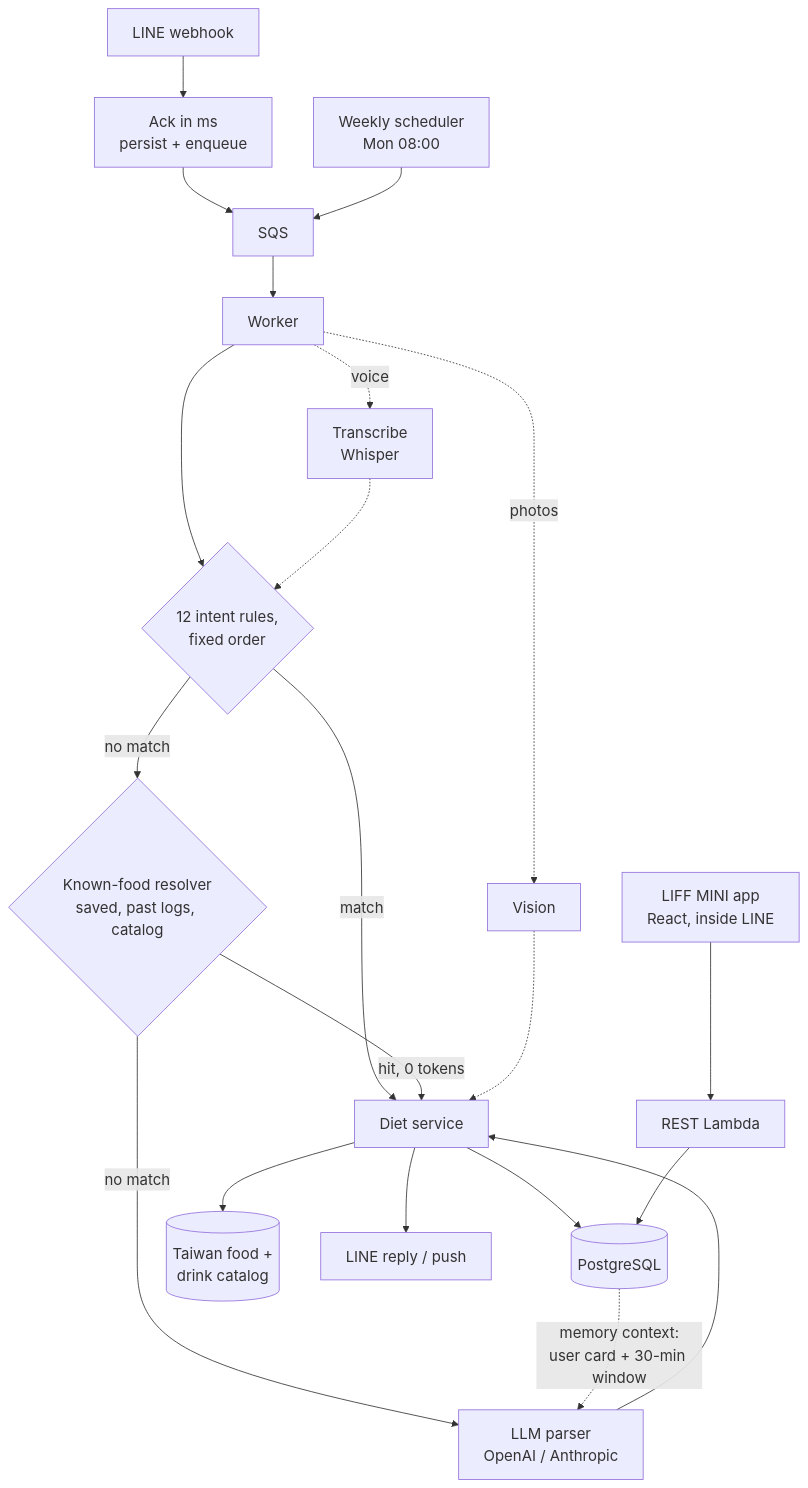
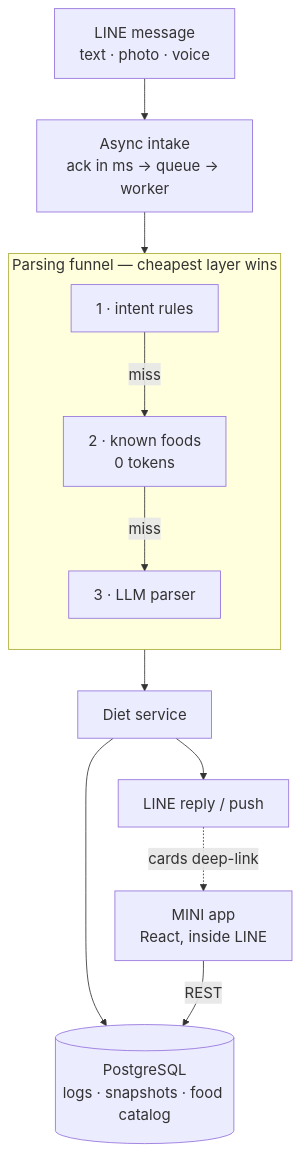
The diagram in README.md (jeffery12697/fitneko-case-study), drawn with Mermaid before and after one commit. The commit also changed other lines of this file and 3 other files, not shown here.

Commit message:
Devlog: phase 22b weekly report page + sticker wall; README: capabilities, stats, simplified system diagram

````diff
--- a/README.md
+++ b/README.md
@@ -35,18 +35,17 @@
 ```mermaid
 %%{init: {"themeVariables": {"fontSize": "18px"}}}%%
 flowchart TD
-    LINE[LINE webhook] --> WH[Ack in ms<br/>persist + enqueue] --> Q[SQS] --> W[Worker]
-    SCHED[Weekly scheduler<br/>Mon 08:00] --> Q
-    W --> RP{12 intent rules,<br/>fixed order}
-    RP -->|match| SVC[Diet service]
-    RP -->|no match| KF{Known-food resolver<br/>saved, past logs, catalog}
-    KF -->|hit, 0 tokens| SVC
-    KF -->|no match| LLM[LLM parser<br/>OpenAI / Anthropic] --> SVC
-    PG -.->|memory context:<br/>user card + 30-min window| LLM
-    W -.->|photos| VIS[Vision] -.-> SVC
-    W -.->|voice| STT[Transcribe<br/>Whisper] -.-> RP
-    SVC --> CAT[(Taiwan food +<br/>drink catalog)]
-    SVC --> PG[(PostgreSQL)]
+    LINE[LINE message<br/>text · photo · voice] --> IN[Async intake<br/>ack in ms → queue → worker]
+    IN --> RP
+
+    subgraph FUNNEL [Parsing funnel — cheapest layer wins]
+        direction TB
+        RP["1 · intent rules"] -- miss --> KF["2 · known foods<br/>0 tokens"] -- miss --> LLM["3 · LLM parser"]
+    end
+
+    FUNNEL --> SVC[Diet service]
+    SVC --> PG[(PostgreSQL<br/>logs · snapshots · food catalog)]
     SVC --> REPLY[LINE reply / push]
-    LIFF[LIFF MINI app<br/>React, inside LINE] --> API[REST Lambda] --> PG
+    REPLY -. cards deep-link .-> LIFF[MINI app<br/>React, inside LINE]
+    LIFF -- REST --> PG
 ```
````
